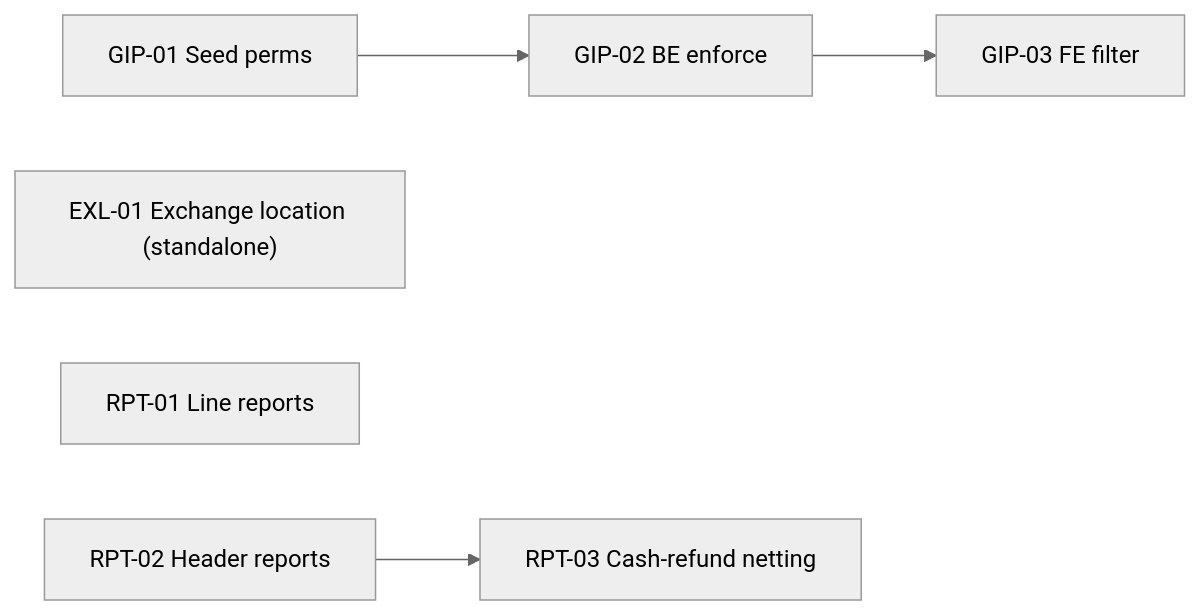
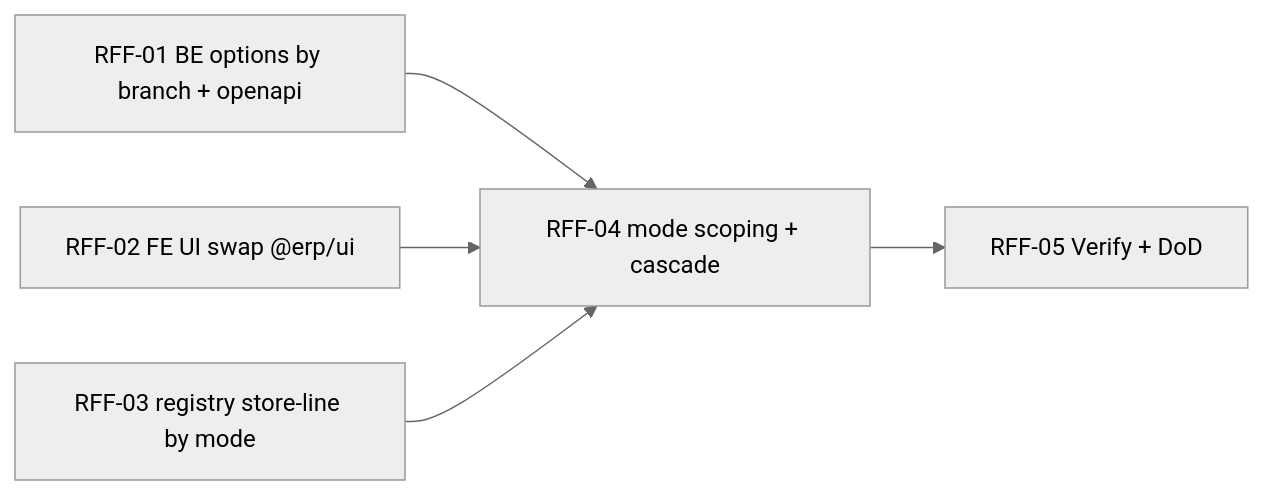
One commit to JackTran15/jack-erp changed diagram 51 of 51 in tickets/README.md. Above: the diagram before and after it, drawn with Mermaid (neutral theme). The commit also changed other lines of this file and 119 other files, not shown here.

````diff
--- a/tickets/README.md
+++ b/tickets/README.md
@@ -1391,9 +1449,7 @@
 ```mermaid
 flowchart LR
-  G1["GIP-01 Seed perms"] --> G2["GIP-02 BE enforce"]
-  G2 --> G3["GIP-03 FE filter"]
-  E1["EXL-01 Exchange location (standalone)"]
-  R1["RPT-01 Line reports"]
-  R2["RPT-02 Header reports"]
-  R2 --> R3["RPT-03 Cash-refund netting"]
+  R1["RFF-01 BE options by branch + openapi"] --> R4["RFF-04 mode scoping + cascade"]
+  R2["RFF-02 FE UI swap @erp/ui"] --> R4
+  R3["RFF-03 registry store-line by mode"] --> R4
+  R4 --> R5["RFF-05 Verify + DoD"]
 ```
````
